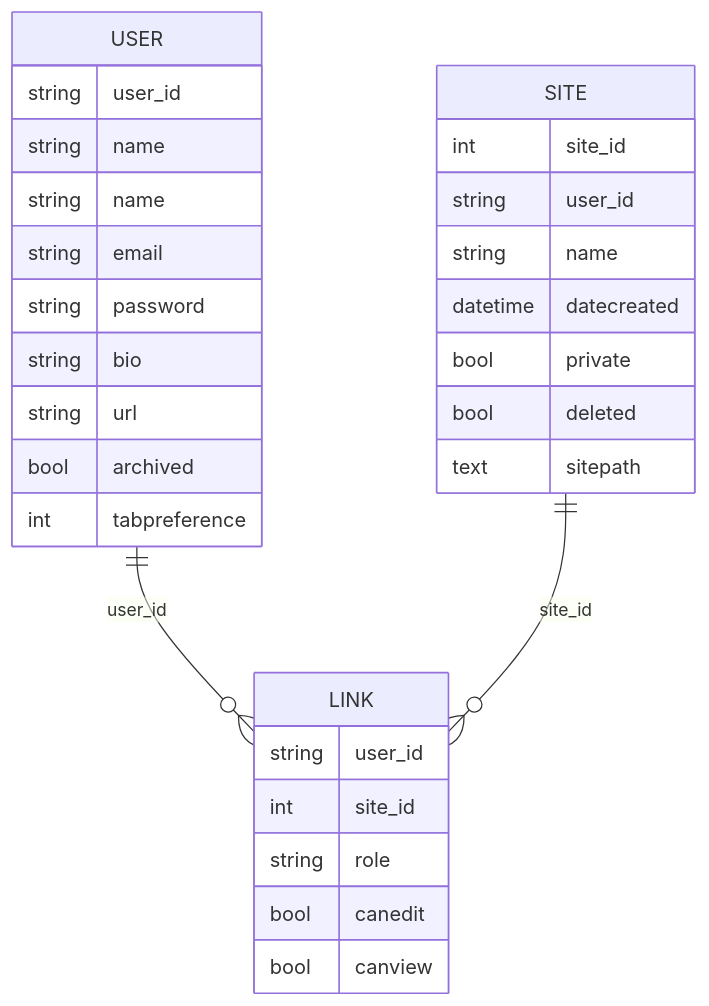
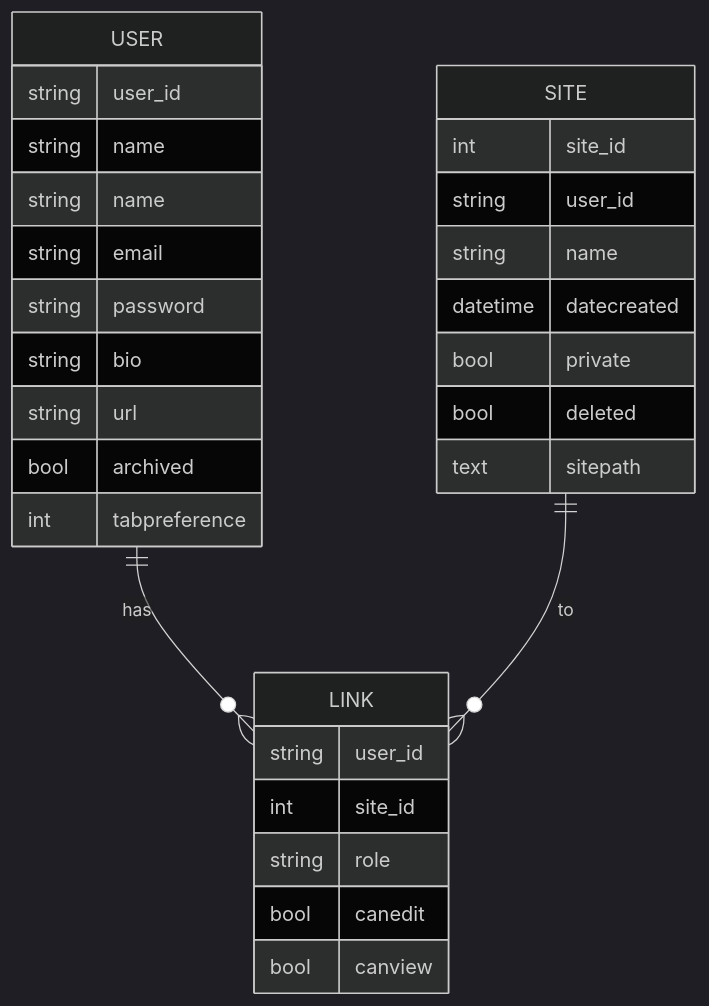
The second of 14 diagrams in README.md (tomgxz/Kraken), drawn with Mermaid before and after one commit. The commit also changed other lines of this file, not shown here.

Commit message:
Mermaid Formatting

````diff
--- a/README.md
+++ b/README.md
@@ -370,35 +369,37 @@
 ```mermaid
+%%{init: {'theme':'dark', 'themeVariables':{'fontFamily':'Lexend,Noto Sans,Helvetica,Arial'}}}%%
+
 erDiagram  
 
-USER ||--o{ LINK: user_id
-USER {
-string user_id
-string name
-string name
-string email
-string password
-string bio
-string url
-bool archived
-int tabpreference
-}
+    USER ||--o{ LINK: has
+    USER {
+        string user_id
+        string name
+        string name
+        string email
+        string password
+        string bio
+        string url
+        bool archived
+        int tabpreference
+    }
 
-LINK {
-string user_id
-int site_id
-string role
-bool canedit
-bool canview
-}
+    LINK {
+        string user_id
+        int site_id
+        string role
+        bool canedit
+        bool canview
+    }
 
-SITE ||--o{ LINK: site_id
-SITE {
-int site_id
-string user_id
-string name
-datetime datecreated
-bool private
-bool deleted
-text sitepath
-}
+    SITE ||--o{ LINK: "to"
+    SITE {
+        int site_id
+        string user_id
+        string name
+        datetime datecreated
+        bool private
+        bool deleted
+        text sitepath
+    }
 ```
````
